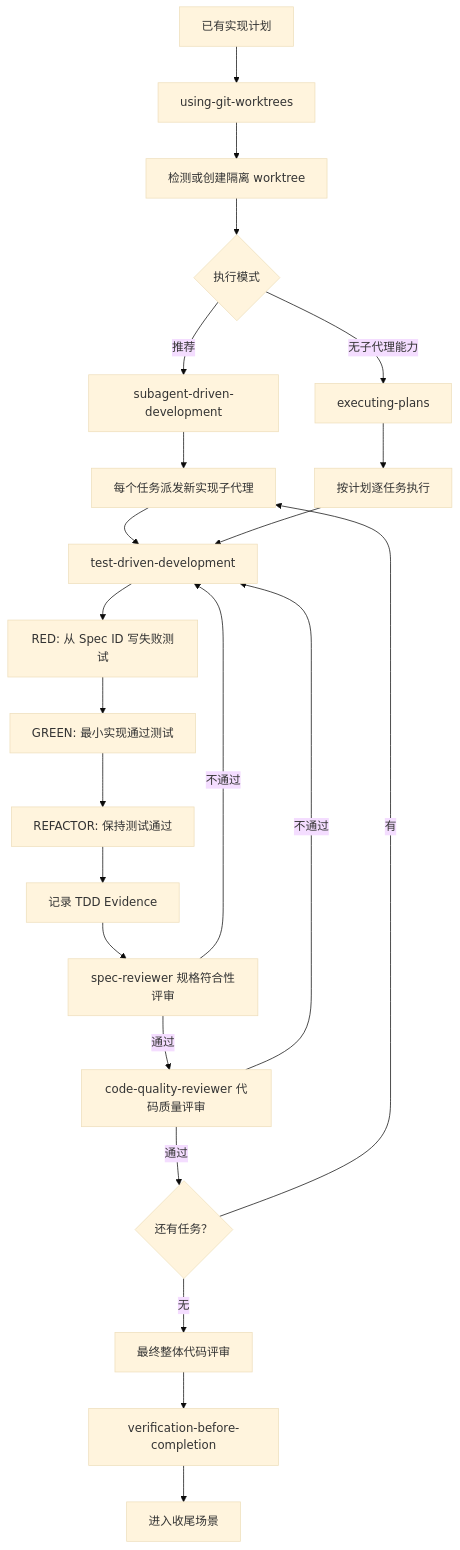
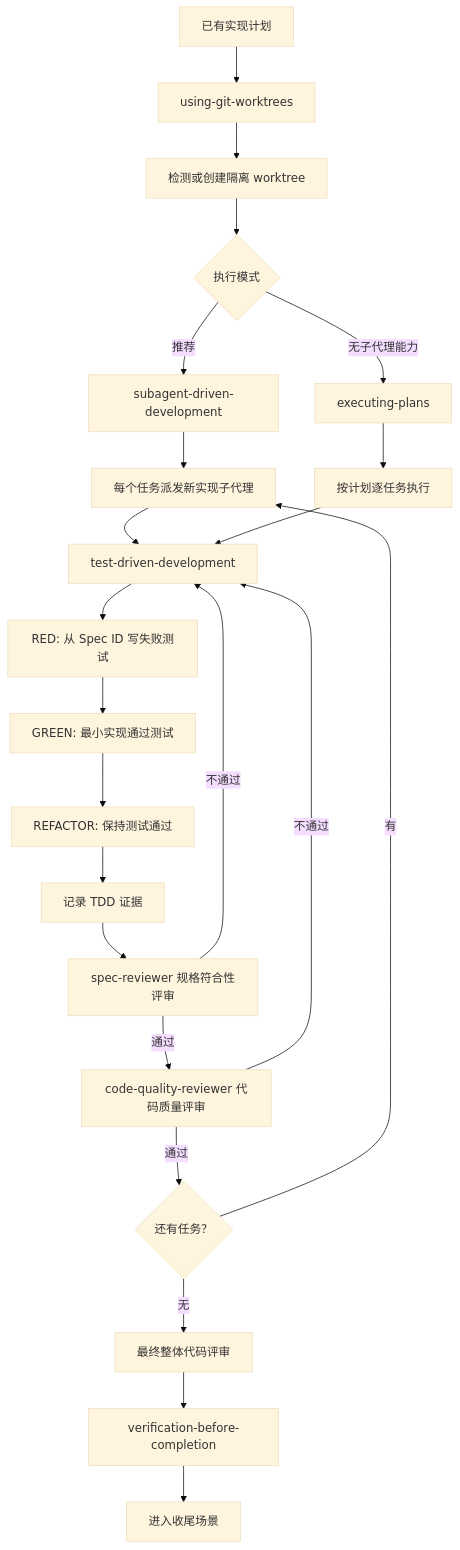
One commit to Vincen-dev/coding-plugins changed the fourth of 11 diagrams in docs/workflow-chain.md. Above: the diagram before and after it, drawn with Mermaid (base theme). The commit also changed other lines of this file and 87 other files, not shown here.

````diff
--- a/docs/workflow-chain.md
+++ b/docs/workflow-chain.md
@@ -200,25 +200,25 @@
 ```mermaid
 flowchart TD
   A["已有实现计划"] --> B["using-git-worktrees"]
   B --> C["检测或创建隔离 worktree"]
   C --> D{"执行模式"}
   D -->|推荐| E["subagent-driven-development"]
   D -->|无子代理能力| F["executing-plans"]
   E --> G["每个任务派发新实现子代理"]
   F --> H["按计划逐任务执行"]
   G --> I["test-driven-development"]
   H --> I
   I --> J["RED: 从 Spec ID 写失败测试"]
   J --> K["GREEN: 最小实现通过测试"]
   K --> L["REFACTOR: 保持测试通过"]
-  L --> EVIDENCE["记录 TDD Evidence"]
+  L --> EVIDENCE["记录 TDD 证据"]
   EVIDENCE --> M["spec-reviewer 规格符合性评审"]
   M -->|不通过| I
   M -->|通过| N["code-quality-reviewer 代码质量评审"]
   N -->|不通过| I
   N -->|通过| O{"还有任务？"}
   O -->|有| G
   O -->|无| P["最终整体代码评审"]
   P --> Q["verification-before-completion"]
   Q --> R["进入收尾场景"]
 ```
````
